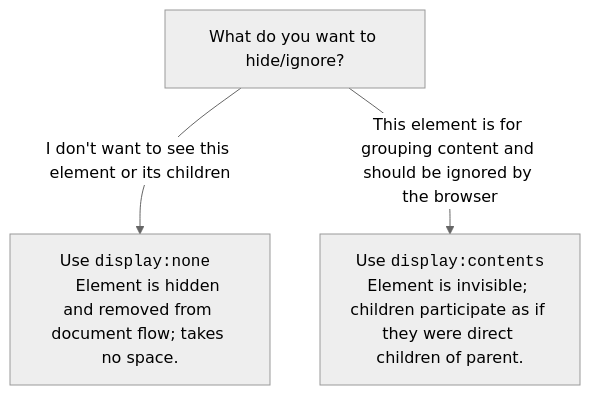
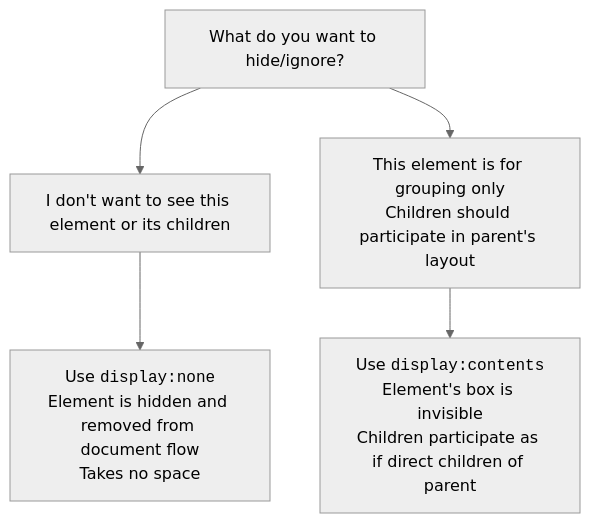
Before and after one commit to MaxwellCohen/cheat-sheets: the third of 5 diagrams in css/dispay.md, drawn with Mermaid (neutral theme). The commit also changed other lines of this file, not shown here.

First line of the commit message:
Enhance CSS display properties documentation with detailed explanations and examples

````diff
--- a/css/dispay.md
+++ b/css/dispay.md
@@ -47,11 +44,12 @@
 ```mermaid
 graph TB;
     A["` What do you want to hide/ignore?`"]
-       
-    A -- "`I don't want to see this element or its children`" --> A11["` Use <code>display:none</code>  
-    Element is hidden and removed from document flow; takes no space.`"]
-
-    A -- "This element is for grouping content and should be ignored by the browser" --> A21["` Use <code>display:contents</code>
-    Element is invisible; children participate as if they were direct children of parent. 
-    `"]
+    A1["` I don't want to see this element or its children`"]
+    A2["` This element is for grouping only<br/>Children should participate in parent's layout`"]
+    A11["` Use <code>display:none</code><br/>Element is hidden and removed from document flow<br/>Takes no space`"]
+    A21["` Use <code>display:contents</code><br/>Element's box is invisible<br/>Children participate as if direct children of parent`"]
+    A --> A1
+    A --> A2
+    A1 --> A11
+    A2 --> A21
 ```
````
